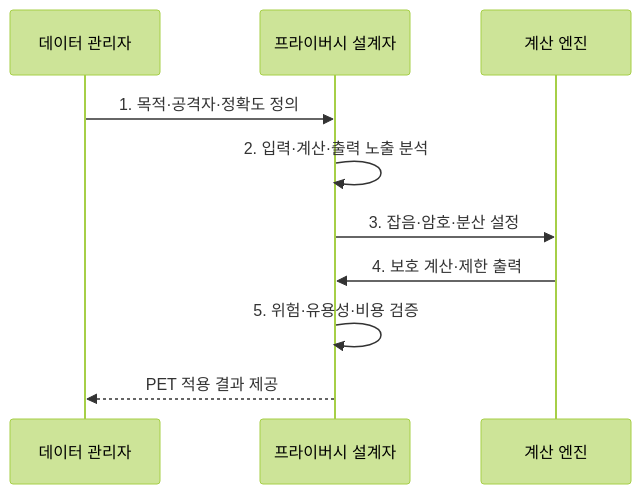
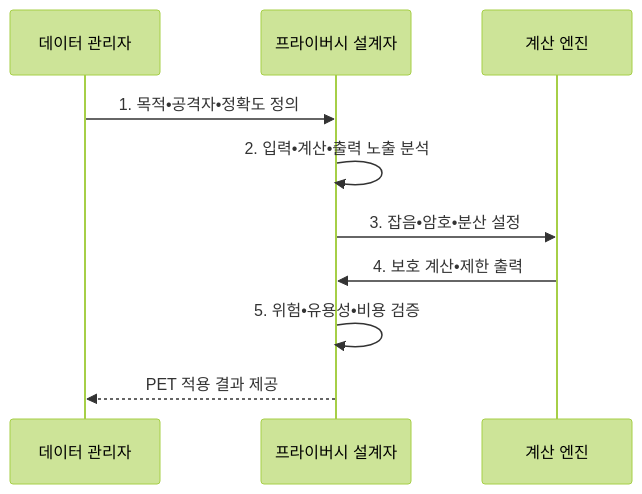
One commit to agnusdei1207/knowledge-base changed the second of 2 diagrams in src/content/docs/notes/05-security/100_privacy_enhancing_technologies.md. Above: the diagram before and after it, drawn with Mermaid (forest theme). The commit also changed other lines of this file and 953 other files, not shown here.

````diff
--- a/src/content/docs/notes/05-security/100_privacy_enhancing_technologies.md
+++ b/src/content/docs/notes/05-security/100_privacy_enhancing_technologies.md
@@ -96,12 +96,12 @@
 ```mermaid
 sequenceDiagram
     participant O as 데이터 관리자
     participant P as 프라이버시 설계자
     participant C as 계산 엔진
-    O->>P: 1. 목적·공격자·정확도 정의
-    P->>P: 2. 입력·계산·출력 노출 분석
-    P->>C: 3. 잡음·암호·분산 설정
-    C->>P: 4. 보호 계산·제한 출력
-    P->>P: 5. 위험·유용성·비용 검증
+    O->>P: 1. 목적•공격자•정확도 정의
+    P->>P: 2. 입력•계산•출력 노출 분석
+    P->>C: 3. 잡음•암호•분산 설정
+    C->>P: 4. 보호 계산•제한 출력
+    P->>P: 5. 위험•유용성•비용 검증
     P-->>O: PET 적용 결과 제공
 ```
````
